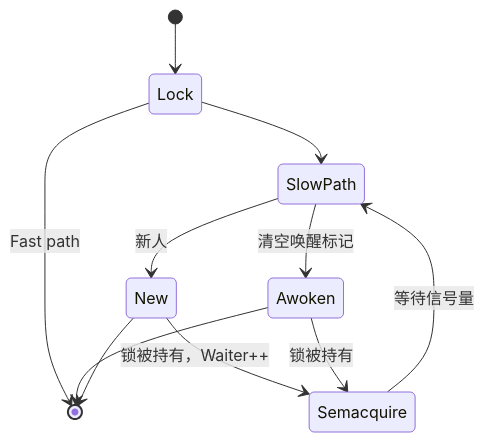
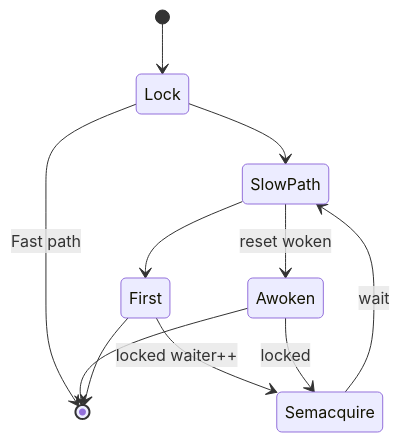
The diagram in content/posts/go_mutex.md (wdvxdr1123/blog), drawn with Mermaid before and after one commit. The commit also changed other lines of this file, not shown here.

Commit message:
small change

```diff
--- a/content/posts/go_mutex.md
+++ b/content/posts/go_mutex.md
@@ -162,13 +166,13 @@
 {{< mermaid >}}
 stateDiagram
     [*] --> Lock
     Lock --> [*]:Fast path
     Lock --> SlowPath
-    Semacquire --> SlowPath:等待信号量
-    SlowPath --> New:新人
-    New --> Semacquire:锁被持有，Waiter++
-    SlowPath --> Awoken:清空唤醒标记
-    Awoken --> Semacquire: 锁被持有
+    Semacquire --> SlowPath:wait
+    SlowPath --> First
+    First --> Semacquire:locked waiter++
+    SlowPath --> Awoken:reset woken
+    Awoken --> Semacquire: locked
     Awoken --> [*]
-    New --> [*]
+    First --> [*]
 {{< /mermaid >}}
```
